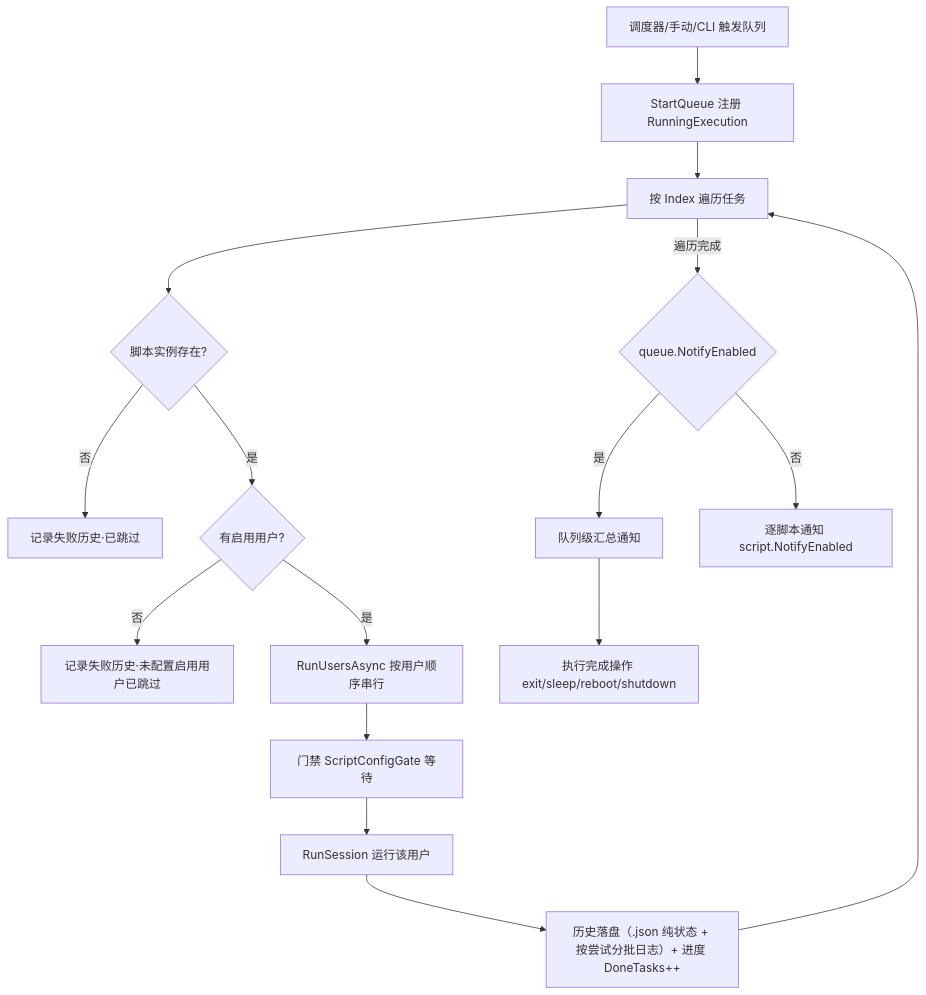
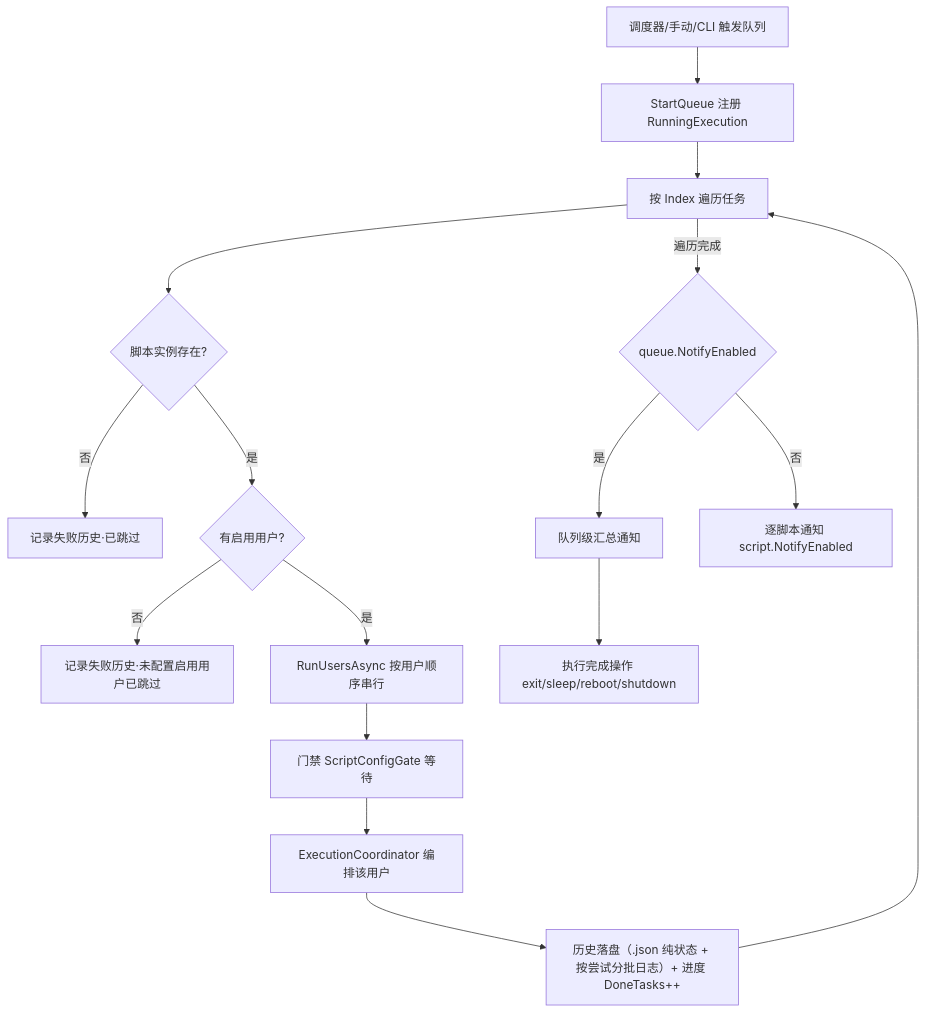
One commit to FlappiBakuse/NexusPipeline changed the second of 4 diagrams in docs/DESIGN.md. Above: the diagram before and after it, drawn with Mermaid. The commit also changed other lines of this file and 33 other files, not shown here.

````diff
--- a/docs/DESIGN.md
+++ b/docs/DESIGN.md
@@ -112,18 +118,18 @@
 ```mermaid
 flowchart TD
     A[调度器/手动/CLI 触发队列] --> B[StartQueue 注册 RunningExecution]
     B --> C[按 Index 遍历任务]
     C --> D{脚本实例存在?}
     D -- 否 --> E[记录失败历史·已跳过]
     D -- 是 --> F{有启用用户?}
     F -- 否 --> G[记录失败历史·未配置启用用户已跳过]
     F -- 是 --> H[RunUsersAsync 按用户顺序串行]
     H --> I[门禁 ScriptConfigGate 等待]
-    I --> J[RunSession 运行该用户]
+    I --> J[ExecutionCoordinator 编排该用户]
     J --> K[历史落盘（.json 纯状态 + 按尝试分批日志）+ 进度 DoneTasks++]
     K --> C
     C -- 遍历完成 --> L{queue.NotifyEnabled}
     L -- 是 --> M[队列级汇总通知]
     L -- 否 --> N[逐脚本通知 script.NotifyEnabled]
     M --> O[执行完成操作 exit/sleep/reboot/shutdown]
 ```
````
